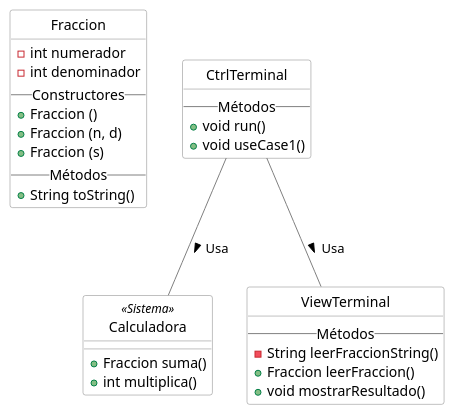
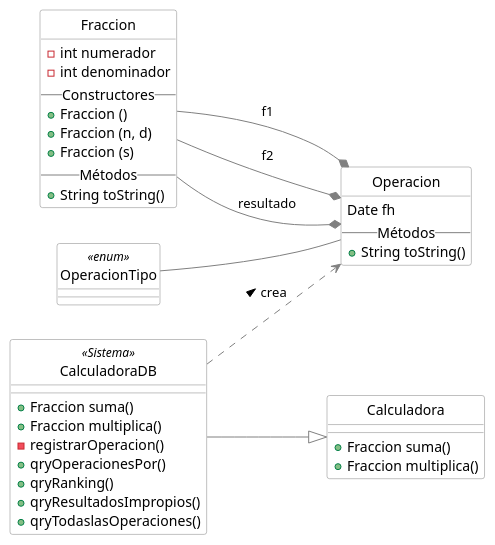
One commit to srlopez/RUP changed the second of 5 diagrams in ejemplos/fraccion_completo.md. Above: the diagram before and after it, drawn with PlantUML. The commit also changed other lines of this file, not shown here.

Commit message:
Diagrama de Clases

````diff
--- a/ejemplos/fraccion_completo.md
+++ b/ejemplos/fraccion_completo.md
@@ -127,47 +127,52 @@
 ```plantuml
 @startuml
-'left to right direction
+left to right direction
 skinparam class {
   skinparam monochrome true
   skinparam shadowing false
   BackgroundColor White
   BorderColor Gray
   ' FontName Consolas
   ArrowColor Gray
 }
 scale 1
 hide circle
 
 class Fraccion {
   -int numerador
   -int denominador
 -- Constructores --
   + Fraccion ()
   + Fraccion (n, d)
   + Fraccion (s)
 -- Métodos --
   +String toString()
 }
+class Operacion {
+ Date fh
+-- Métodos --
+  +String toString()
+}
+class OperacionTipo<<enum>> {}
 
-class Calculadora <<Sistema>>{
+class Calculadora {
   +Fraccion suma()
-  +int multiplica()
+  +Fraccion multiplica()
 }
-
-class CtrlTerminal{
--- Métodos --
-  +void run()
-  +void useCase1()
+class CalculadoraDB<<Sistema>> {
+  +Fraccion suma()
+  +Fraccion multiplica()
+  -registrarOperacion()
+  +qryOperacionesPor()
+  +qryRanking() 
+  +qryResultadosImpropios()
+  +qryTodaslasOperaciones()
 }
-
-class ViewTerminal{
--- Métodos --
-  - String leerFraccionString()
-  +Fraccion leerFraccion()
-  +void mostrarResultado()
-}
-
-CtrlTerminal -- Calculadora: Usa >
-CtrlTerminal -- ViewTerminal: Usa >
+CalculadoraDB --|> Calculadora
+Fraccion --* Operacion: f1
+Fraccion --* Operacion: f2
+Fraccion --* Operacion: resultado
+OperacionTipo -- Operacion
+CalculadoraDB ..> Operacion: crea >
 @enduml
 ```
````
